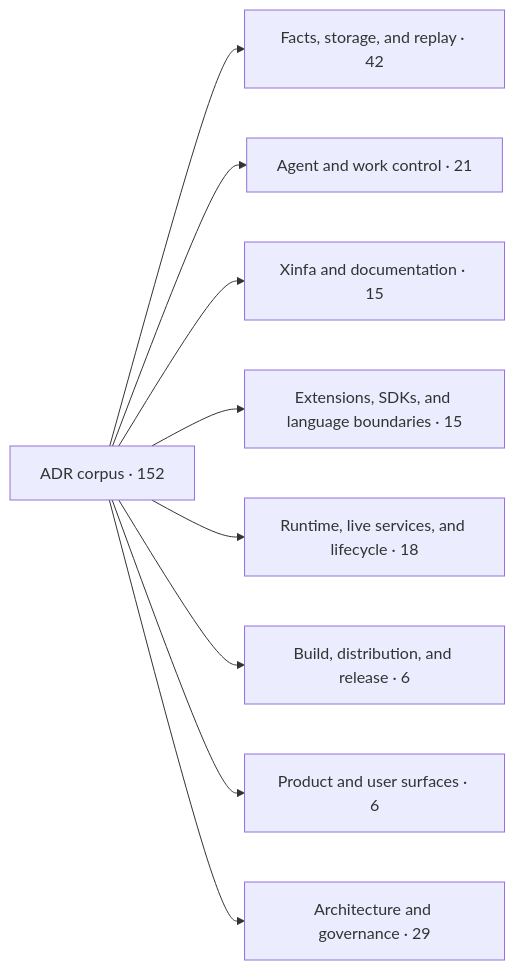
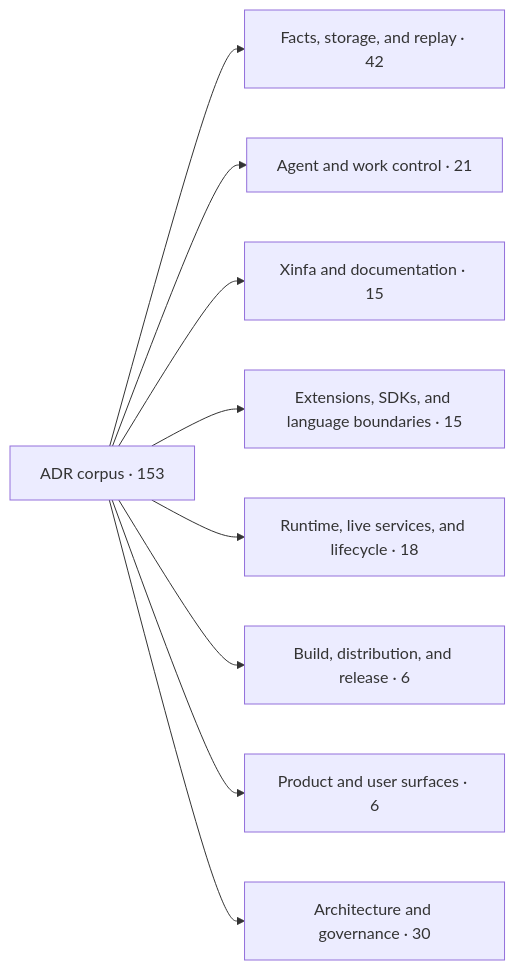
Before and after one commit to PterX/kungfu: the first of 2 diagrams in docs/architecture/adr-map.md, drawn with Mermaid. The commit also changed other lines of this file and 11 other files, not shown here.

````diff
--- a/docs/architecture/adr-map.md
+++ b/docs/architecture/adr-map.md
@@ -20,12 +20,12 @@
 ```mermaid
 flowchart LR
-  root["ADR corpus · 152"]
+  root["ADR corpus · 153"]
   root --> d0["Facts, storage, and replay · 42"]
   root --> d1["Agent and work control · 21"]
   root --> d2["Xinfa and documentation · 15"]
   root --> d3["Extensions, SDKs, and language boundaries · 15"]
   root --> d4["Runtime, live services, and lifecycle · 18"]
   root --> d5["Build, distribution, and release · 6"]
   root --> d6["Product and user surfaces · 6"]
-  root --> d7["Architecture and governance · 29"]
+  root --> d7["Architecture and governance · 30"]
 ```
````
